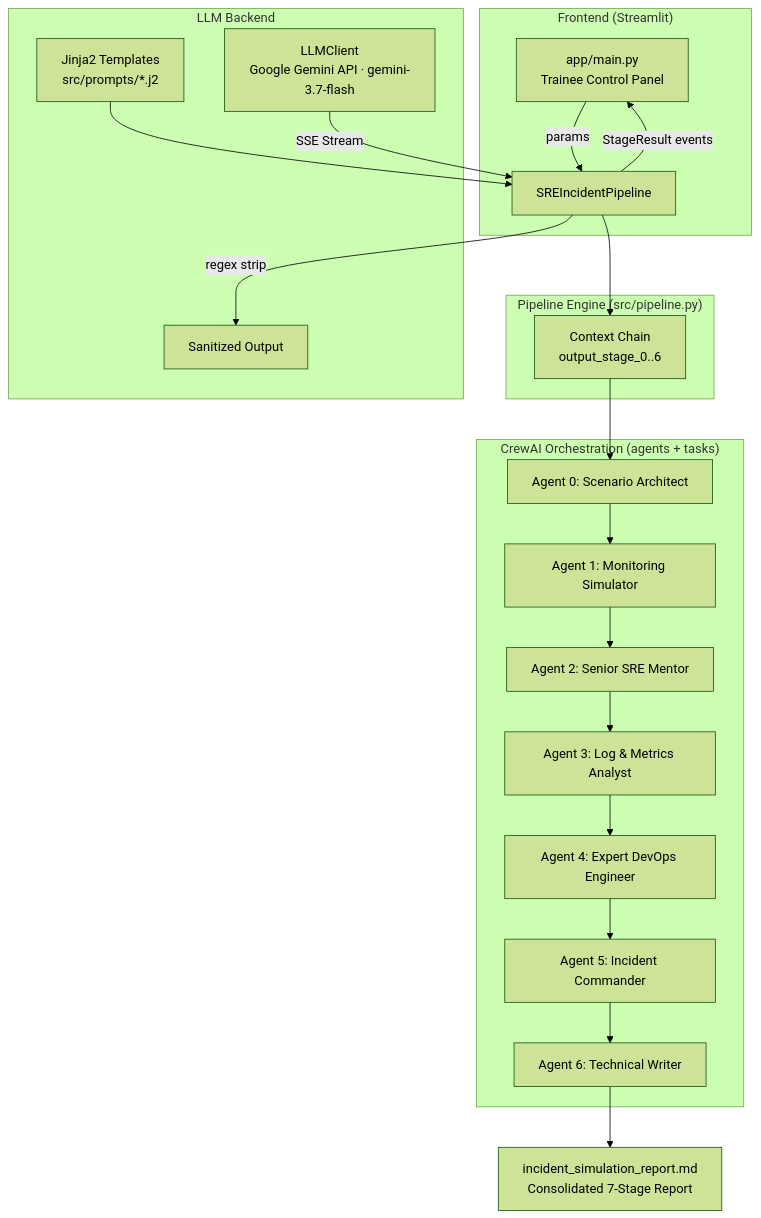
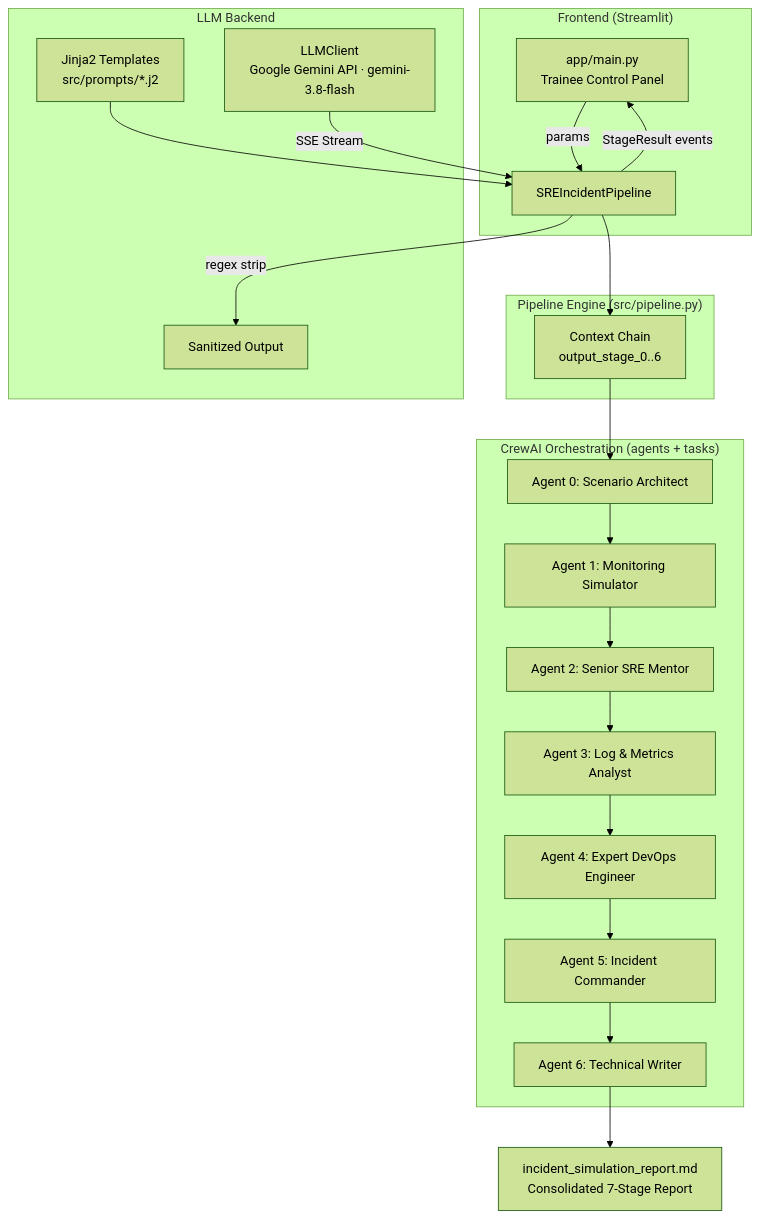
Before and after one commit to minaNabil96/devops-incident-sim-pipeline: the diagram in README.md, drawn with Mermaid (forest theme). The commit also changed other lines of this file and 4 other files, not shown here.

First line of the commit message:
feat: gemini-3.8-flash default + fast-fail OrcaRouter entitlement errors

````diff
--- a/README.md
+++ b/README.md
@@ -61,29 +61,29 @@
 ```mermaid
 graph TD
     subgraph "Frontend (Streamlit)"
         UI[app/main.py<br/>Trainee Control Panel] -->|params| PIPE
         PIPE -->|StageResult events| UI
     end
 
     subgraph "Pipeline Engine (src/pipeline.py)"
         PIPE[SREIncidentPipeline] --> CTX[Context Chain<br/>output_stage_0..6]
     end
 
     subgraph "CrewAI Orchestration (agents + tasks)"
         CTX --> A0[Agent 0: Scenario Architect]
         A0 --> A1[Agent 1: Monitoring Simulator]
         A1 --> A2[Agent 2: Senior SRE Mentor]
         A2 --> A3[Agent 3: Log & Metrics Analyst]
         A3 --> A4[Agent 4: Expert DevOps Engineer]
         A4 --> A5[Agent 5: Incident Commander]
         A5 --> A6[Agent 6: Technical Writer]
     end
 
     subgraph "LLM Backend"
         TPL[Jinja2 Templates<br/>src/prompts/*.j2] --> PIPE
-        LLM[LLMClient<br/>Google Gemini API · gemini-3.7-flash] -->|SSE Stream| PIPE
+        LLM[LLMClient<br/>Google Gemini API · gemini-3.8-flash] -->|SSE Stream| PIPE
         PIPE -->|regex <think> strip| CLEAN[Sanitized Output]
     end
 
     A6 --> RPT[incident_simulation_report.md<br/>Consolidated 7-Stage Report]
 ```
````
